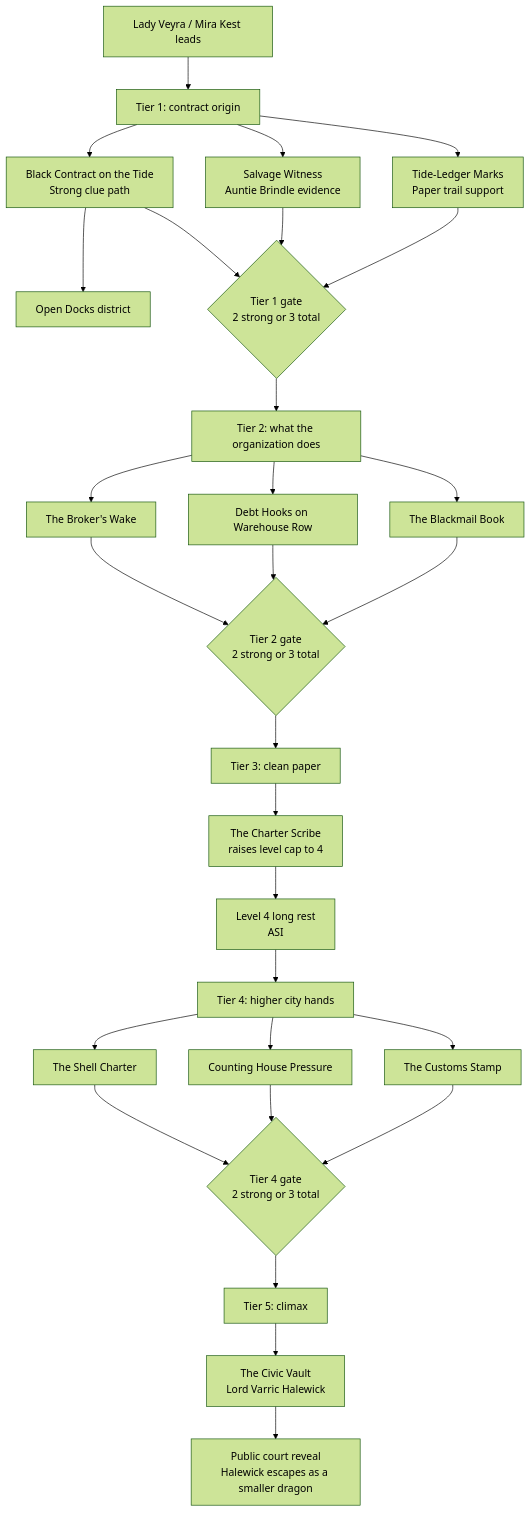
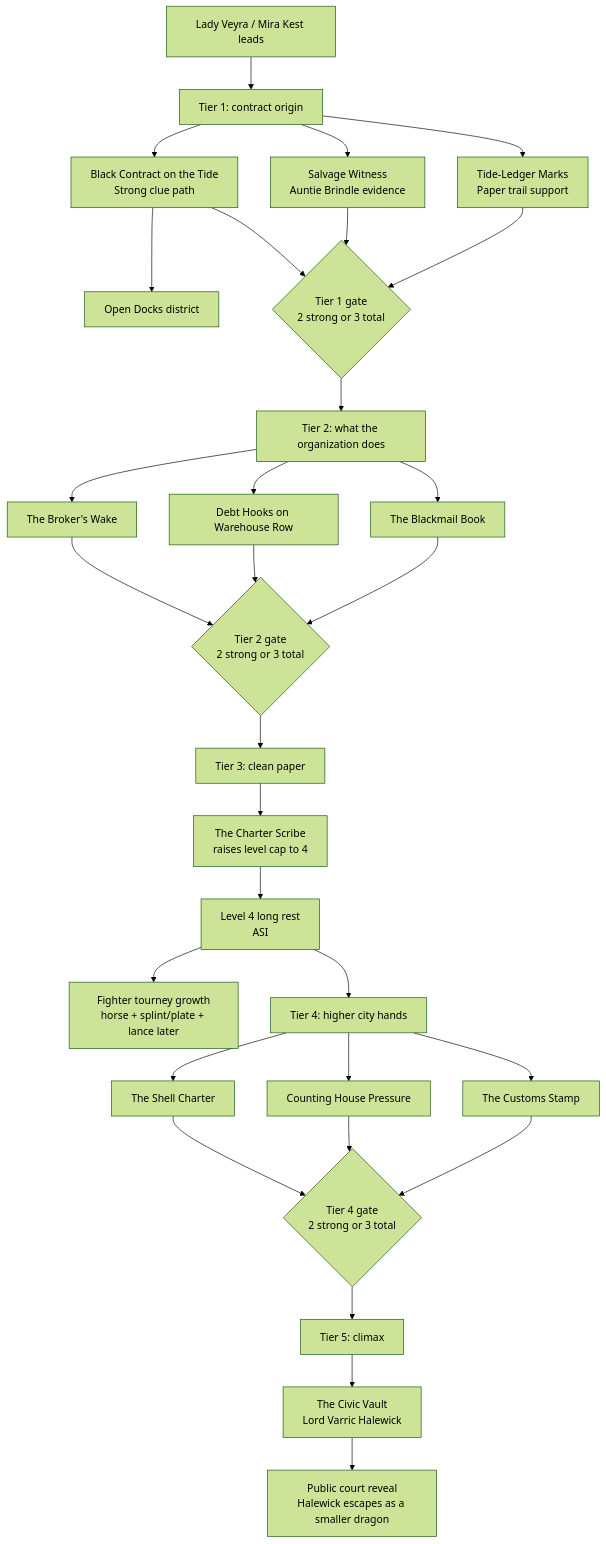
Before and after one commit to JesperYH24/dnd-git-adventure: the fourth of 4 diagrams in docs/visual-story-progression.md, drawn with Mermaid (forest theme). The commit also changed other lines of this file and 8 other files, not shown here.

````diff
--- a/docs/visual-story-progression.md
+++ b/docs/visual-story-progression.md
@@ -77,35 +78,36 @@
 ```mermaid
 flowchart TD
     Lead["Lady Veyra / Mira Kest leads"] --> T1["Tier 1: contract origin"]
     T1 --> BlackContract["Black Contract on the Tide\nStrong clue path"]
     T1 --> SalvageWitness["Salvage Witness\nAuntie Brindle evidence"]
     T1 --> TideMarks["Tide-Ledger Marks\nPaper trail support"]
     BlackContract --> DocksOpen["Open Docks district"]
     SalvageWitness --> T1Gate{"Tier 1 gate\n2 strong or 3 total"}
     TideMarks --> T1Gate
     BlackContract --> T1Gate
 
     T1Gate --> T2["Tier 2: what the organization does"]
     T2 --> BrokerWake["The Broker's Wake"]
     T2 --> DebtHooks["Debt Hooks on Warehouse Row"]
     T2 --> BlackmailBook["The Blackmail Book"]
     BrokerWake --> T2Gate{"Tier 2 gate\n2 strong or 3 total"}
     DebtHooks --> T2Gate
     BlackmailBook --> T2Gate
 
     T2Gate --> T3["Tier 3: clean paper"]
     T3 --> CharterScribe["The Charter Scribe\nraises level cap to 4"]
     CharterScribe --> ASI["Level 4 long rest\nASI"]
+    ASI --> FighterJoust["Fighter tourney growth\nhorse + splint/plate + lance later"]
 
     ASI --> T4["Tier 4: higher city hands"]
     T4 --> ShellCharter["The Shell Charter"]
     T4 --> CountingHouse["Counting House Pressure"]
     T4 --> CustomsStamp["The Customs Stamp"]
     ShellCharter --> T4Gate{"Tier 4 gate\n2 strong or 3 total"}
     CountingHouse --> T4Gate
     CustomsStamp --> T4Gate
 
     T4Gate --> T5["Tier 5: climax"]
     T5 --> CivicVault["The Civic Vault\nLord Varric Halewick"]
     CivicVault --> DragonEscape["Public court reveal\nHalewick escapes as a smaller dragon"]
 ```
````
